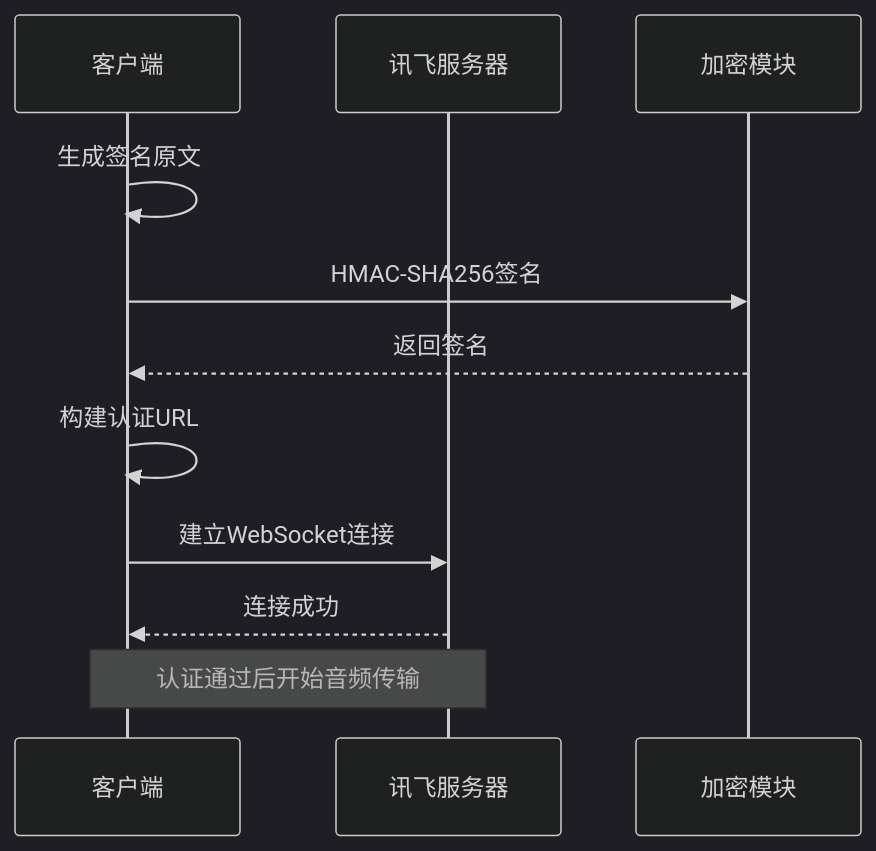
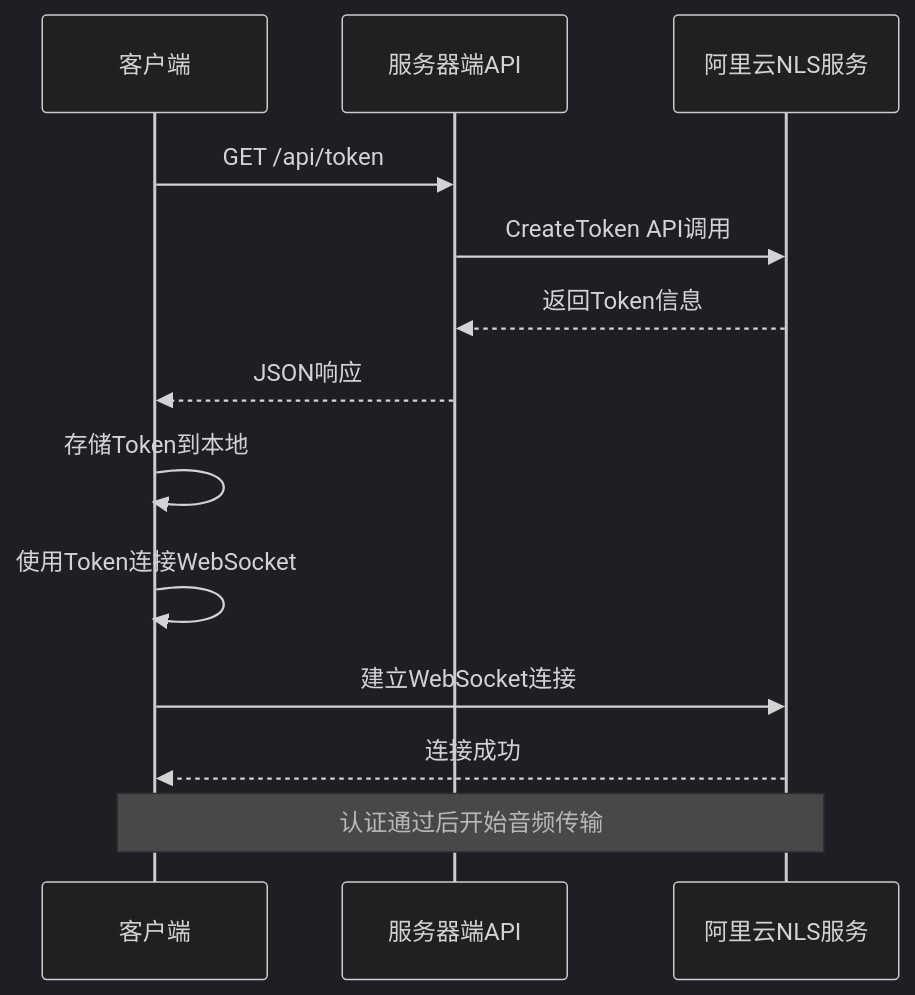
Before and after one commit to db300/MySpeechRecognition: the third of 7 diagrams in .qoder/repowiki/zh/content/API参考文档/API参考文档.md, drawn with Mermaid (dark theme). The commit also changed other lines of this file and 26 other files, not shown here.

````diff
--- a/.qoder/repowiki/zh/content/API参考文档/API参考文档.md
+++ b/.qoder/repowiki/zh/content/API参考文档/API参考文档.md
@@ -518,13 +572,15 @@
 ```mermaid
 sequenceDiagram
 participant Client as 客户端
-participant Xfyun as 讯飞服务器
-participant Crypto as 加密模块
-Client->>Client : 生成签名原文
-Client->>Crypto : HMAC-SHA256签名
-Crypto-->>Client : 返回签名
-Client->>Client : 构建认证URL
-Client->>Xfyun : 建立WebSocket连接
-Xfyun-->>Client : 连接成功
-Note over Client,Xfyun : 认证通过后开始音频传输
+participant Server as 服务器端API
+participant Aliyun as 阿里云NLS服务
+Client->>Server : GET /api/token
+Server->>Aliyun : CreateToken API调用
+Aliyun-->>Server : 返回Token信息
+Server-->>Client : JSON响应
+Client->>Client : 存储Token到本地
+Client->>Client : 使用Token连接WebSocket
+Client->>Aliyun : 建立WebSocket连接
+Aliyun-->>Client : 连接成功
+Note over Client,Aliyun : 认证通过后开始音频传输
 ```
````
